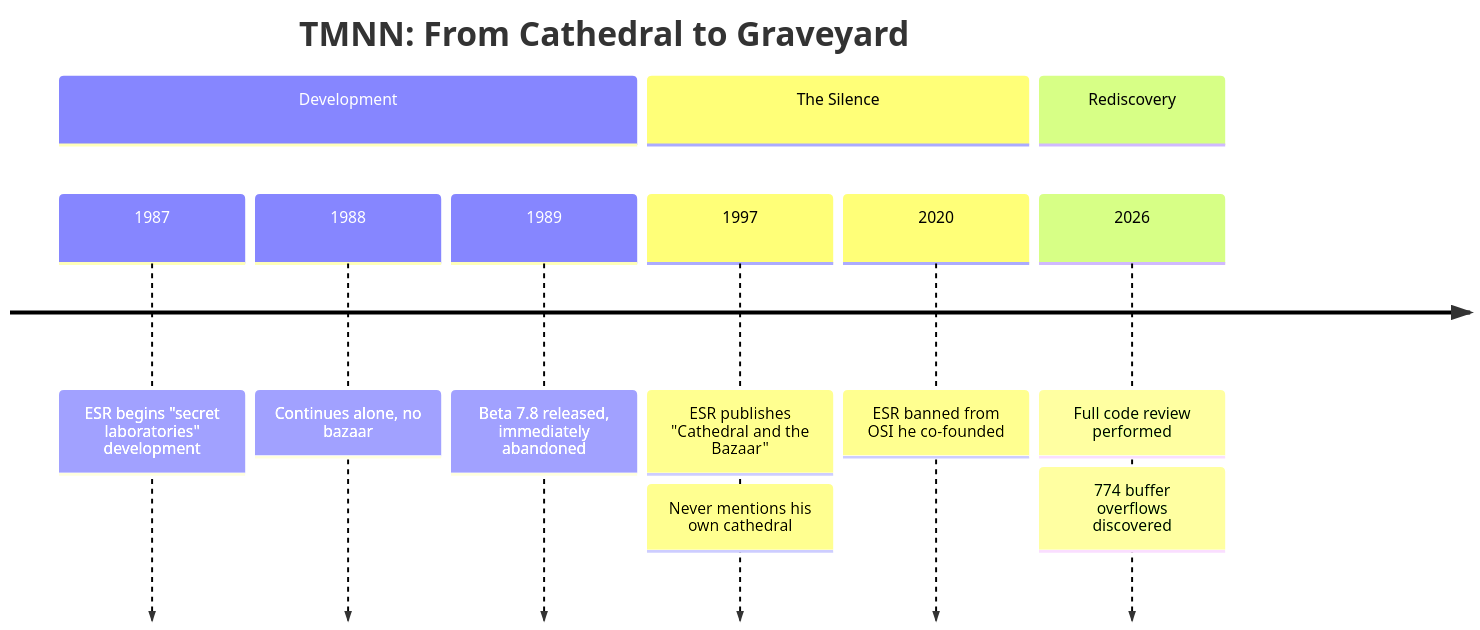
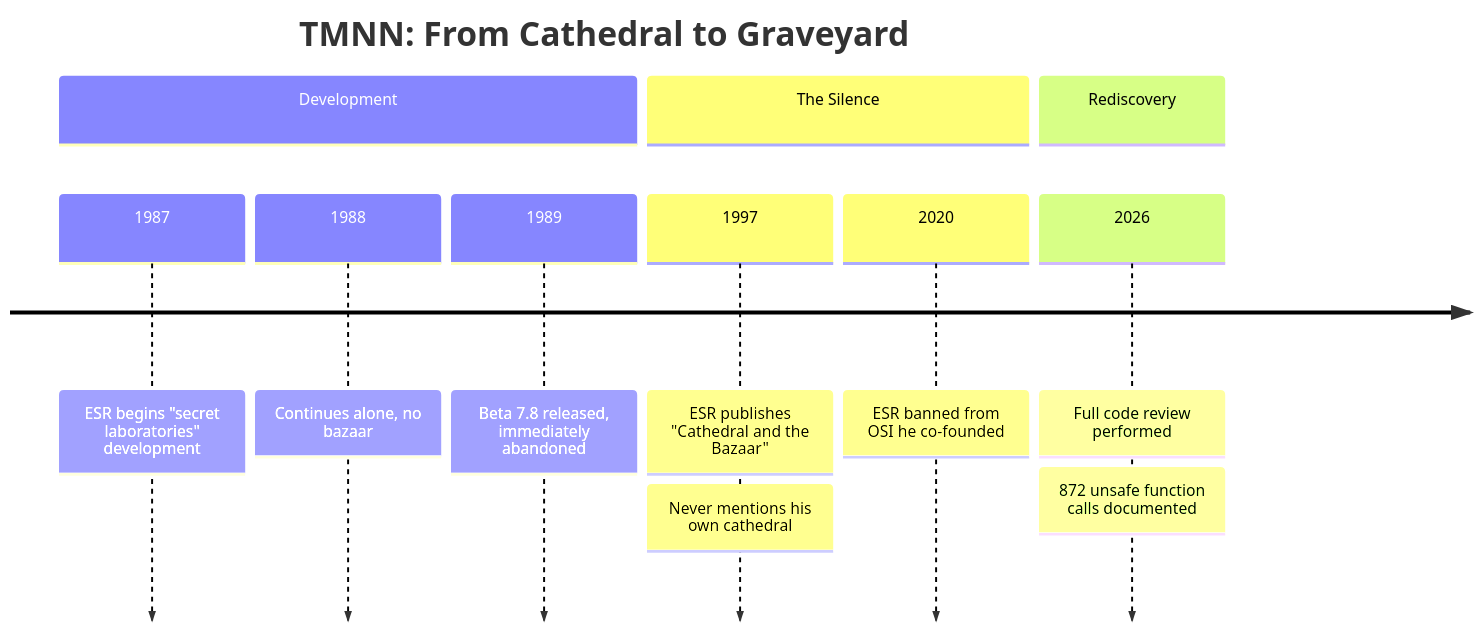
The second of 2 diagrams in README.md (SimHacker/tmnn7-8), drawn with Mermaid before and after one commit. The commit also changed other lines of this file and 2 other files, not shown here.

````diff
--- a/README.md
+++ b/README.md
@@ -159,18 +181,18 @@
 ```mermaid
 timeline
     title TMNN: From Cathedral to Graveyard
     
     section Development
         1987 : ESR begins "secret laboratories" development
         1988 : Continues alone, no bazaar
         1989 : Beta 7.8 released, immediately abandoned
     
     section The Silence
         1997 : ESR publishes "Cathedral and the Bazaar"
              : Never mentions his own cathedral
         2020 : ESR banned from OSI he co-founded
     
     section Rediscovery
         2026 : Full code review performed
-             : 774 buffer overflows discovered
+             : 872 unsafe function calls documented
 ```
````
